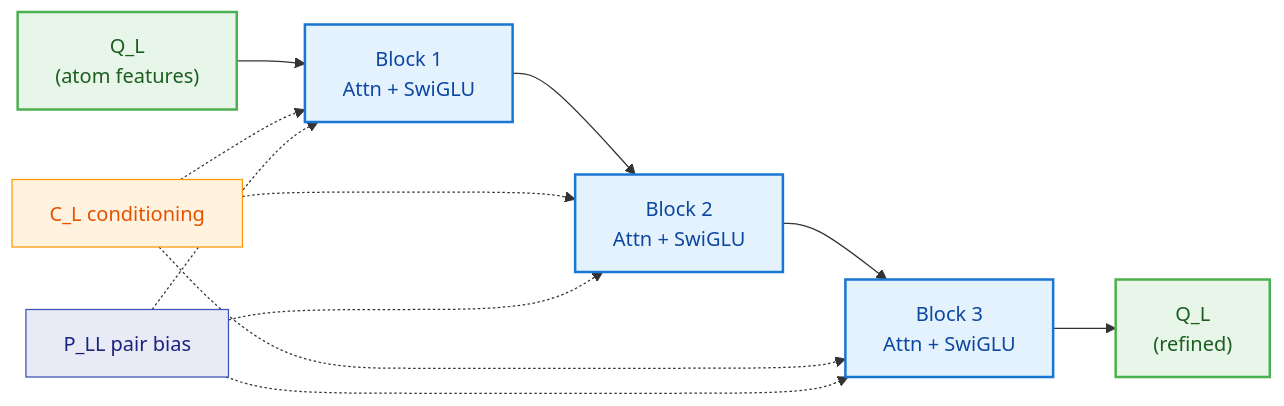
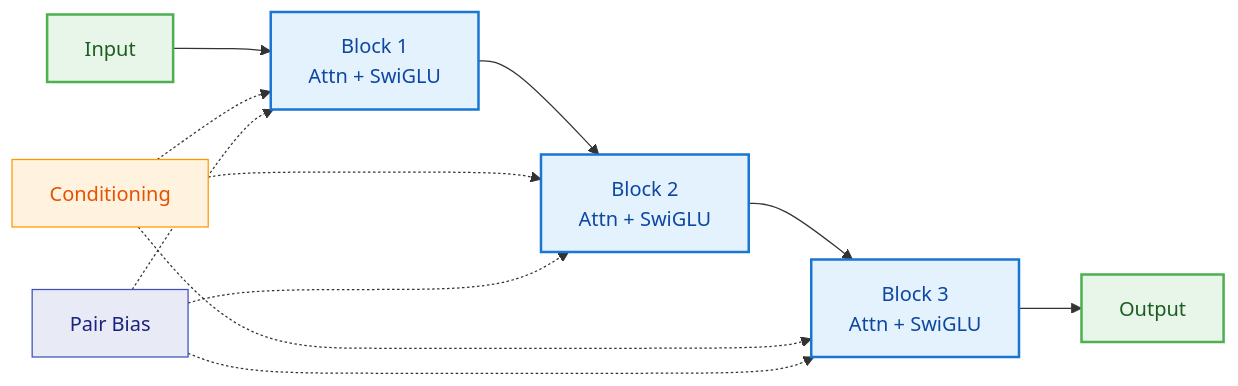
One commit to RTae/foundry changed the fourth of 11 diagrams in models/rfd3/RFD3_architecture_mermaid.md. Above: the diagram before and after it, drawn with Mermaid. The commit also changed other lines of this file, not shown here.

Commit message:
refactor: update RFD3 architecture documentation with clearer input/output terminology in flowcharts

````diff
--- a/models/rfd3/RFD3_architecture_mermaid.md
+++ b/models/rfd3/RFD3_architecture_mermaid.md
@@ -206,14 +206,14 @@
 ```mermaid
 flowchart LR
-    IN["Q_L\n(atom features)"] --> B1["Block 1\nAttn + SwiGLU"] --> B2["Block 2\nAttn + SwiGLU"] --> B3["Block 3\nAttn + SwiGLU"] --> OUT["Q_L\n(refined)"]
-    CL["C_L conditioning"] -.-> B1 & B2 & B3
-    PLL["P_LL pair bias"] -.-> B1 & B2 & B3
+    IN["Input"] --> B1["Block 1\nAttn + SwiGLU"] --> B2["Block 2\nAttn + SwiGLU"] --> B3["Block 3\nAttn + SwiGLU"] --> OUT["Output"]
+    CL["Conditioning"] -.-> B1 & B2 & B3
+    PLL["Pair Bias"] -.-> B1 & B2 & B3
 
     style IN fill:#e8f5e9,stroke:#4CAF50,stroke-width:2px,color:#1B5E20
     style B1 fill:#e3f2fd,stroke:#1976D2,stroke-width:2px,color:#0D47A1
     style B2 fill:#e3f2fd,stroke:#1976D2,stroke-width:2px,color:#0D47A1
     style B3 fill:#e3f2fd,stroke:#1976D2,stroke-width:2px,color:#0D47A1
     style OUT fill:#e8f5e9,stroke:#4CAF50,stroke-width:2px,color:#1B5E20
     style CL fill:#fff3e0,stroke:#FF9800,stroke-width:1px,color:#E65100
     style PLL fill:#e8eaf6,stroke:#3F51B5,stroke-width:1px,color:#1A237E
 ```
````
